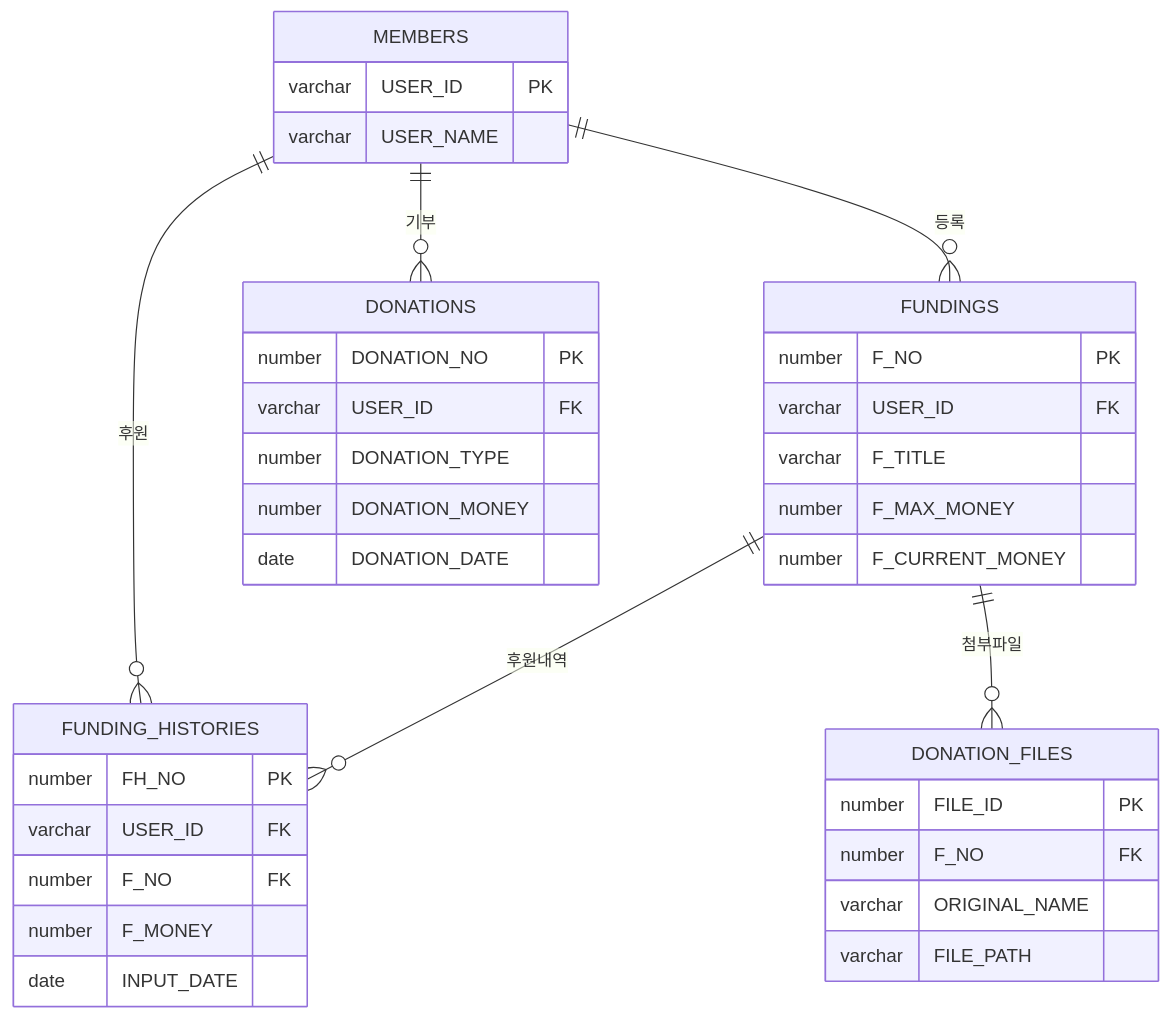
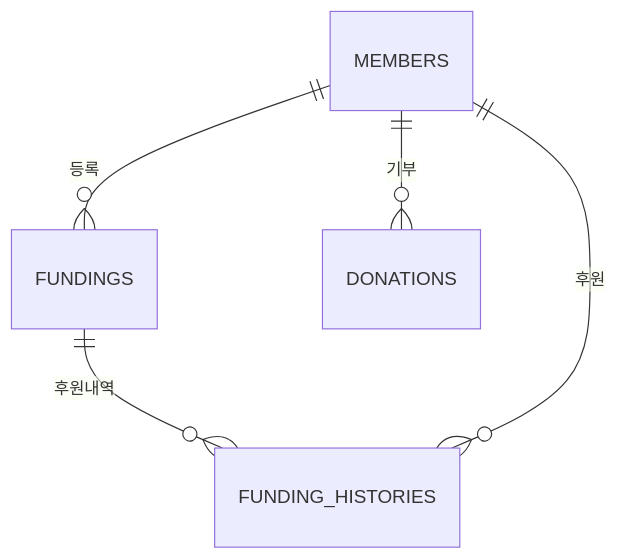
The fourth of 5 diagrams in erd.md (KJH-Portfolio/202511-stray-dog-volunteer), drawn with Mermaid before and after one commit. The commit also changed other lines of this file and 3 other files, not shown here.

````diff
--- a/erd.md
+++ b/erd.md
@@ -561,40 +253,7 @@
 ```mermaid
 erDiagram
-    MEMBERS {
-        varchar USER_ID PK
-        varchar USER_NAME
-    }
-    FUNDINGS {
-        number  F_NO PK
-        varchar USER_ID FK
-        varchar F_TITLE
-        number  F_MAX_MONEY
-        number  F_CURRENT_MONEY
-    }
-    FUNDING_HISTORIES {
-        number  FH_NO PK
-        varchar USER_ID FK
-        number  F_NO FK
-        number  F_MONEY
-        date    INPUT_DATE
-    }
-    DONATION_FILES {
-        number  FILE_ID PK
-        number  F_NO FK
-        varchar ORIGINAL_NAME
-        varchar FILE_PATH
-    }
-    DONATIONS {
-        number  DONATION_NO PK
-        varchar USER_ID FK
-        number  DONATION_TYPE
-        number  DONATION_MONEY
-        date    DONATION_DATE
-    }
-
     MEMBERS ||--o{ FUNDINGS : "등록"
     FUNDINGS ||--o{ FUNDING_HISTORIES : "후원내역"
     MEMBERS ||--o{ FUNDING_HISTORIES : "후원"
-    FUNDINGS ||--o{ DONATION_FILES : "첨부파일"
     MEMBERS ||--o{ DONATIONS : "기부"
 ```
````
